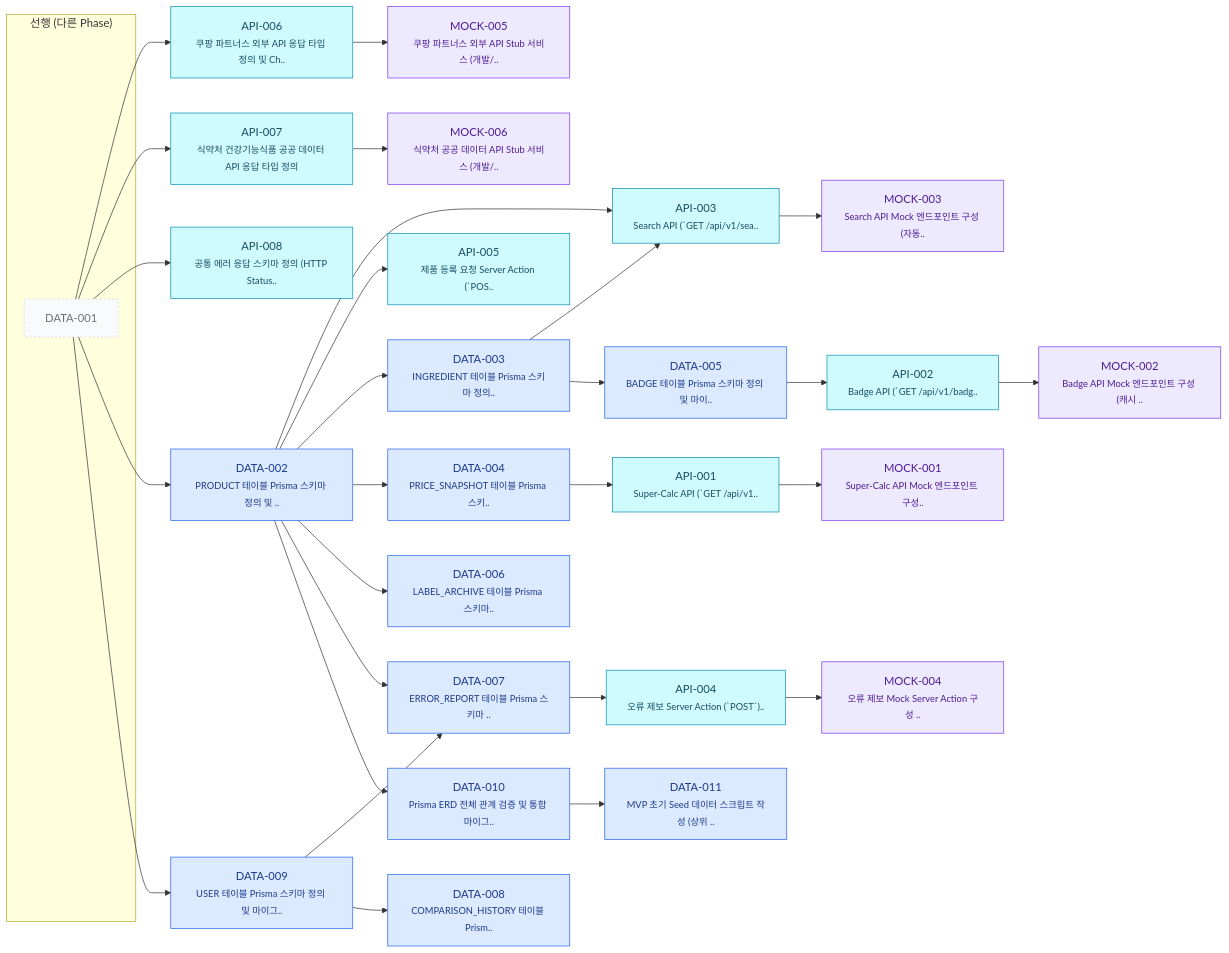
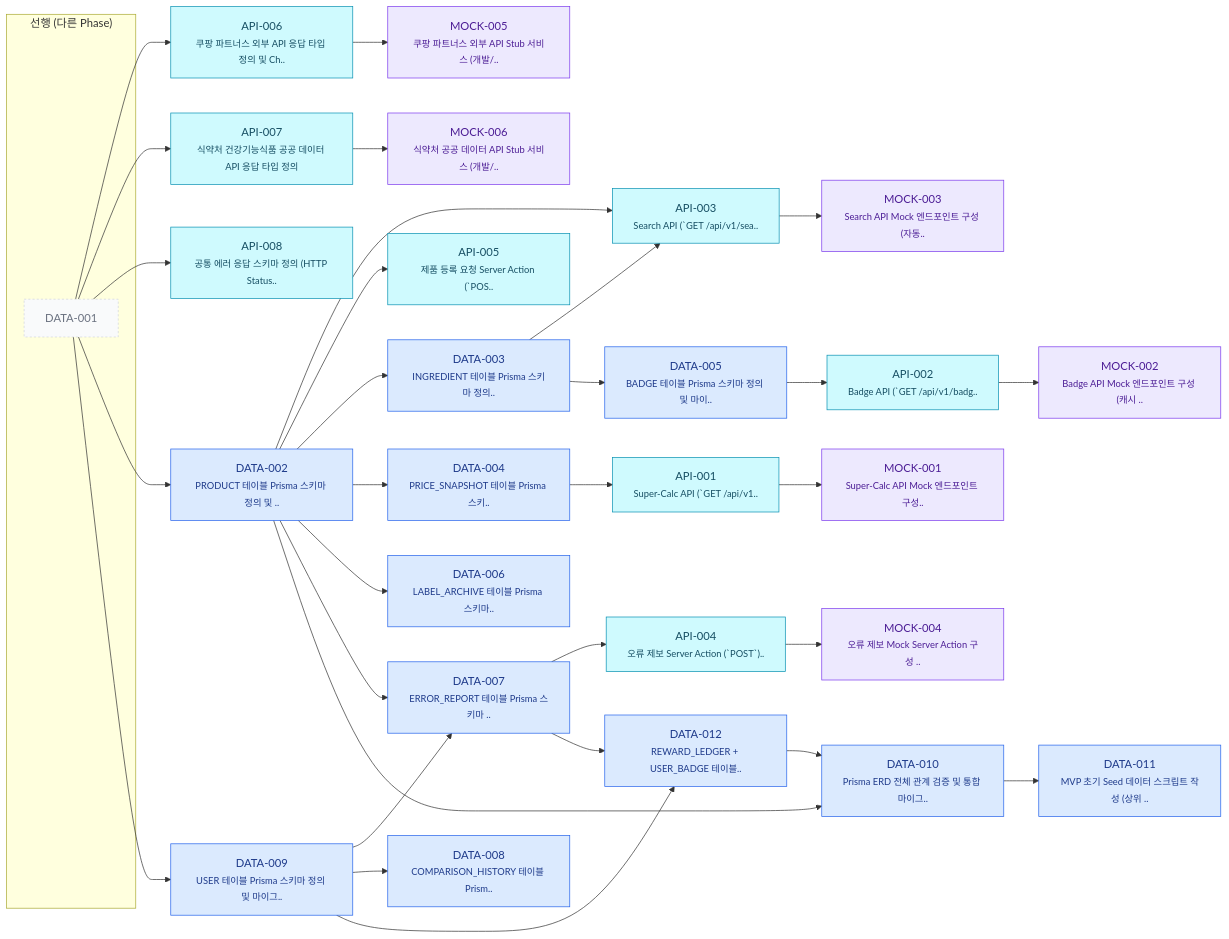
Before and after one commit to wild-mental/SRS-from-PRD-HealthProdInfo: the third of 8 diagrams in TASKS/06_TASK_DEPENDENCY_DIAGRAM_v1.md, drawn with Mermaid. The commit also changed other lines of this file, not shown here.

Commit message:
TASK 의존성 상세 다이어그램 업데이트

````diff
--- a/TASKS/06_TASK_DEPENDENCY_DIAGRAM_v1.md
+++ b/TASKS/06_TASK_DEPENDENCY_DIAGRAM_v1.md
@@ -461,78 +474,82 @@
 ```mermaid
 flowchart LR
     API_001["API-001<br/><small>Super-Calc API (`GET /api/v1..</small>"]
     API_002["API-002<br/><small>Badge API (`GET /api/v1/badg..</small>"]
     API_003["API-003<br/><small>Search API (`GET /api/v1/sea..</small>"]
     API_004["API-004<br/><small>오류 제보 Server Action (`POST`)..</small>"]
     API_005["API-005<br/><small>제품 등록 요청 Server Action (`POS..</small>"]
     API_006["API-006<br/><small>쿠팡 파트너스 외부 API 응답 타입 정의 및 Ch..</small>"]
     API_007["API-007<br/><small>식약처 건강기능식품 공공 데이터 API 응답 타입 정의</small>"]
     API_008["API-008<br/><small>공통 에러 응답 스키마 정의 (HTTP Status..</small>"]
     DATA_002["DATA-002<br/><small>PRODUCT 테이블 Prisma 스키마 정의 및 ..</small>"]
     DATA_003["DATA-003<br/><small>INGREDIENT 테이블 Prisma 스키마 정의..</small>"]
     DATA_004["DATA-004<br/><small>PRICE_SNAPSHOT 테이블 Prisma 스키..</small>"]
     DATA_005["DATA-005<br/><small>BADGE 테이블 Prisma 스키마 정의 및 마이..</small>"]
     DATA_006["DATA-006<br/><small>LABEL_ARCHIVE 테이블 Prisma 스키마..</small>"]
     DATA_007["DATA-007<br/><small>ERROR_REPORT 테이블 Prisma 스키마 ..</small>"]
     DATA_008["DATA-008<br/><small>COMPARISON_HISTORY 테이블 Prism..</small>"]
     DATA_009["DATA-009<br/><small>USER 테이블 Prisma 스키마 정의 및 마이그..</small>"]
     DATA_010["DATA-010<br/><small>Prisma ERD 전체 관계 검증 및 통합 마이그..</small>"]
     DATA_011["DATA-011<br/><small>MVP 초기 Seed 데이터 스크립트 작성 (상위 ..</small>"]
+    DATA_012["DATA-012<br/><small>REWARD_LEDGER + USER_BADGE 테이블..</small>"]
     MOCK_001["MOCK-001<br/><small>Super-Calc API Mock 엔드포인트 구성..</small>"]
     MOCK_002["MOCK-002<br/><small>Badge API Mock 엔드포인트 구성 (캐시 ..</small>"]
     MOCK_003["MOCK-003<br/><small>Search API Mock 엔드포인트 구성 (자동..</small>"]
     MOCK_004["MOCK-004<br/><small>오류 제보 Mock Server Action 구성 ..</small>"]
     MOCK_005["MOCK-005<br/><small>쿠팡 파트너스 외부 API Stub 서비스 (개발/..</small>"]
     MOCK_006["MOCK-006<br/><small>식약처 공공 데이터 API Stub 서비스 (개발/..</small>"]
 
     subgraph External["선행 (다른 Phase)"]
         DATA_001["DATA-001"]:::ext
     end
 
     DATA_004 --> API_001
     DATA_005 --> API_002
     DATA_002 --> API_003
     DATA_003 --> API_003
     DATA_007 --> API_004
     DATA_002 --> API_005
     DATA_001 --> API_006
     DATA_001 --> API_007
     DATA_001 --> API_008
     DATA_001 --> DATA_002
     DATA_002 --> DATA_003
     DATA_002 --> DATA_004
     DATA_003 --> DATA_005
     DATA_002 --> DATA_006
     DATA_002 --> DATA_007
     DATA_009 --> DATA_007
     DATA_009 --> DATA_008
     DATA_001 --> DATA_009
+    DATA_007 --> DATA_012
+    DATA_009 --> DATA_012
     DATA_002 --> DATA_010
+    DATA_012 --> DATA_010
     DATA_010 --> DATA_011
     API_001 --> MOCK_001
     API_002 --> MOCK_002
     API_003 --> MOCK_003
     API_004 --> MOCK_004
     API_006 --> MOCK_005
     API_007 --> MOCK_006
 
     classDef ext fill:#F9FAFB,stroke:#D1D5DB,color:#6B7280,stroke-dasharray: 3 3
 
     %% Epic colors
     classDef cInfra  fill:#E5E7EB,stroke:#6B7280,color:#111827
     classDef cData   fill:#DBEAFE,stroke:#2563EB,color:#1E3A8A
     classDef cApi    fill:#CFFAFE,stroke:#0891B2,color:#164E63
     classDef cMock   fill:#EDE9FE,stroke:#7C3AED,color:#4C1D95
     classDef cF1     fill:#FFEDD5,stroke:#EA580C,color:#7C2D12
     classDef cF2     fill:#FEE2E2,stroke:#DC2626,color:#7F1D1D
     classDef cF3     fill:#FCE7F3,stroke:#DB2777,color:#831843
     classDef cF4     fill:#FEF3C7,stroke:#D97706,color:#78350F
     classDef cCommon fill:#CCFBF1,stroke:#0D9488,color:#134E4A
     classDef cAdmin  fill:#E9D5FF,stroke:#9333EA,color:#581C87
     classDef cNfr    fill:#F5F5F4,stroke:#78716C,color:#44403C
     classDef cUi     fill:#D1FAE5,stroke:#059669,color:#064E3B
     classDef cTest   fill:#F3F4F6,stroke:#9CA3AF,color:#374151
     class API_001,API_002,API_003,API_004,API_005,API_006,API_007,API_008 cApi
-    class DATA_002,DATA_003,DATA_004,DATA_005,DATA_006,DATA_007,DATA_008,DATA_009,DATA_010,DATA_011 cData
+    class DATA_002,DATA_003,DATA_004,DATA_005,DATA_006,DATA_007,DATA_008,DATA_009,DATA_010,DATA_011,DATA_012 cData
     class MOCK_001,MOCK_002,MOCK_003,MOCK_004,MOCK_005,MOCK_006 cMock
 ```
````
